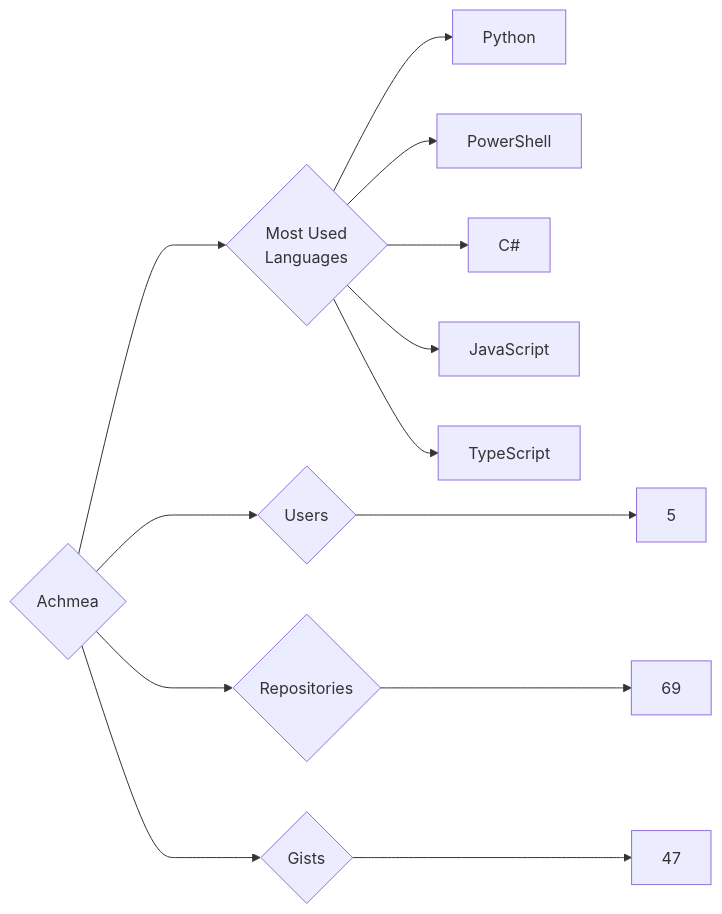
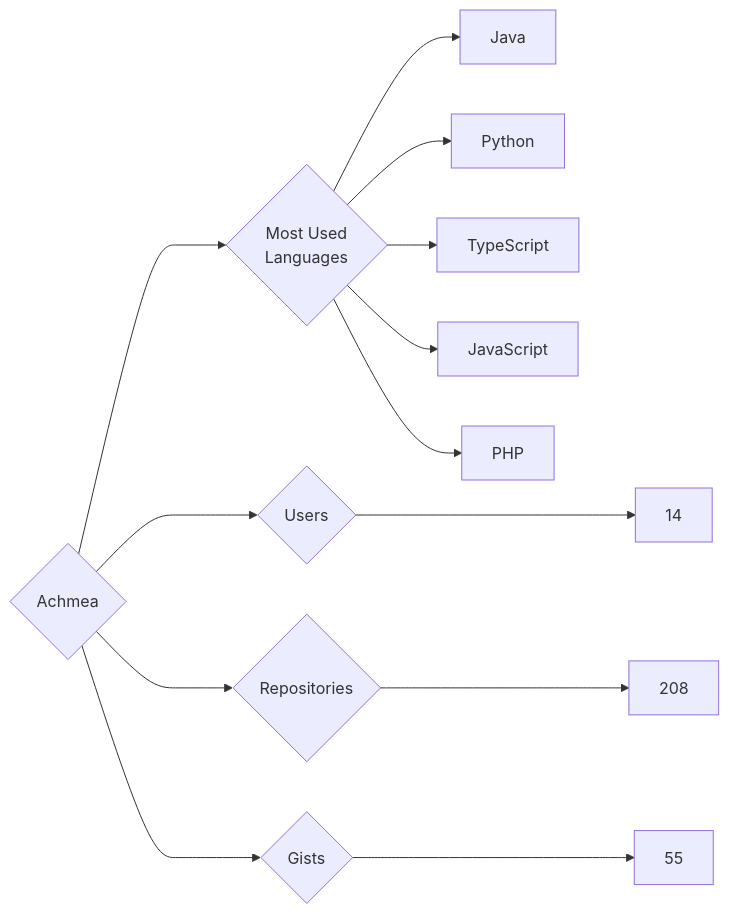
The diagram in targets/Achmea/README.md (trickest/insiders), drawn with Mermaid before and after one commit. The commit also changed 1092 other files, not shown here.

````diff
--- a/targets/Achmea/README.md
+++ b/targets/Achmea/README.md
@@ -3,13 +3,13 @@
 ```mermaid
 graph LR
 COMPANY_NAME{Achmea}
-COMPANY_NAME ---> U{Users} ---> UN[5]
-COMPANY_NAME ---> R{Repositories} ---> RN[69]
-COMPANY_NAME ---> G{Gists} ---> GN[47]
+COMPANY_NAME ---> U{Users} ---> UN[14]
+COMPANY_NAME ---> R{Repositories} ---> RN[208]
+COMPANY_NAME ---> G{Gists} ---> GN[55]
 COMPANY_NAME ---> ML{Most Used<br>Languages}
+ML --> Java[Java]
 ML --> Python[Python]
-ML --> PowerShell[PowerShell]
-ML --> C#[C#]
+ML --> TypeScript[TypeScript]
 ML --> JavaScript[JavaScript]
-ML --> TypeScript[TypeScript]
+ML --> PHP[PHP]
 ```
````
